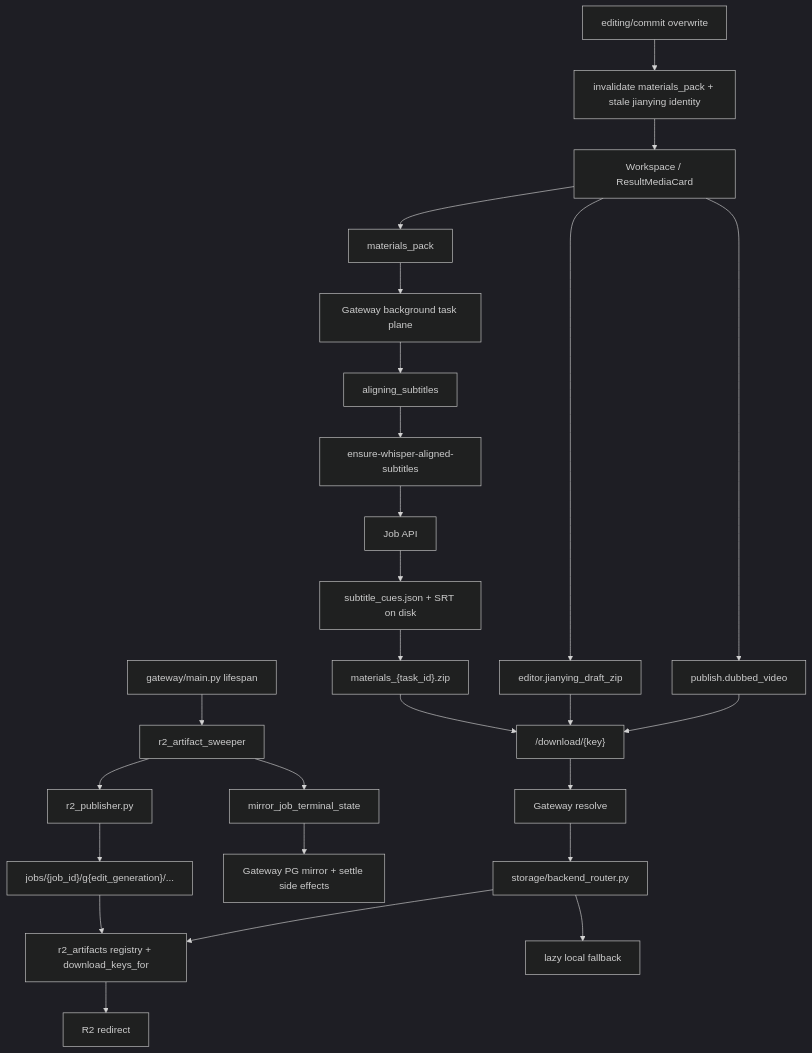
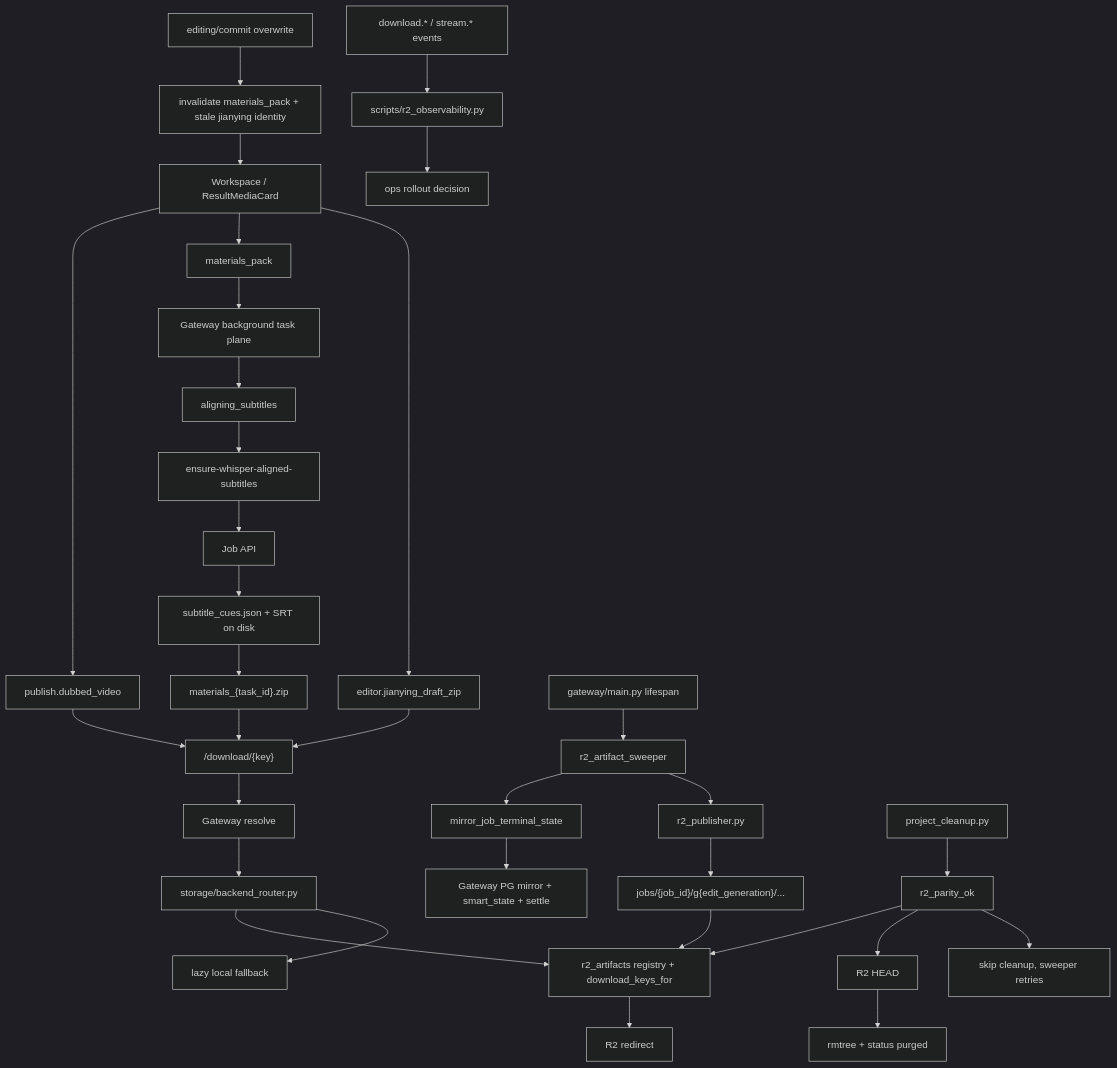
The diagram in docs/graphs/GITNEXUS_STORAGE_DELIVERY_R2_GRAPH.md (sun9bear/AITransVideo), drawn with Mermaid (dark theme) before and after one commit. The commit also changed other lines of this file and 12 other files, not shown here.

Commit message:
docs(graphs): refresh GitNexus graphs to d56ac1c

````diff
--- a/docs/graphs/GITNEXUS_STORAGE_DELIVERY_R2_GRAPH.md
+++ b/docs/graphs/GITNEXUS_STORAGE_DELIVERY_R2_GRAPH.md
@@ -18,32 +18,41 @@
 ```mermaid
 graph TD
     ResultUI["Workspace / ResultMediaCard"] --> Video["publish.dubbed_video"]
     ResultUI --> Pack["materials_pack"]
     ResultUI --> JDraft["editor.jianying_draft_zip"]
 
     Pack --> TaskPlane["Gateway background task plane"]
     TaskPlane --> PreAlign["aligning_subtitles"]
     PreAlign --> EnsureApi["ensure-whisper-aligned-subtitles"]
     EnsureApi --> JobApi["Job API"]
     JobApi --> OnDiskSrt["subtitle_cues.json + SRT on disk"]
     OnDiskSrt --> PackZip["materials_{task_id}.zip"]
 
     Video --> DownloadKey["/download/{key}"]
     JDraft --> DownloadKey
     PackZip --> DownloadKey
     DownloadKey --> Gateway["Gateway resolve"]
     Gateway --> Router["storage/backend_router.py"]
     Router --> Registry["r2_artifacts registry + download_keys_for"]
     Registry --> R2["R2 redirect"]
     Router --> Local["lazy local fallback"]
 
     MainLife["gateway/main.py lifespan"] --> Sweeper["r2_artifact_sweeper"]
     Sweeper --> Mirror["mirror_job_terminal_state"]
-    Mirror --> PG["Gateway PG mirror + settle side effects"]
+    Mirror --> PG["Gateway PG mirror + smart_state + settle"]
     Sweeper --> Publisher["r2_publisher.py"]
     Publisher --> Keys["jobs/{job_id}/g{edit_generation}/..."]
     Keys --> Registry
 
+    Cleanup["project_cleanup.py"] --> Parity["r2_parity_ok"]
+    Parity --> Registry
+    Parity --> Head["R2 HEAD"]
+    Head --> Purge["rmtree + status purged"]
+    Parity --> Skip["skip cleanup, sweeper retries"]
+
+    EventLog["download.* / stream.* events"] --> R2Obs["scripts/r2_observability.py"]
+    R2Obs --> Ops["ops rollout decision"]
+
     EditCommit["editing/commit overwrite"] --> Invalidate["invalidate materials_pack + stale jianying identity"]
     Invalidate --> ResultUI
 ```
````
